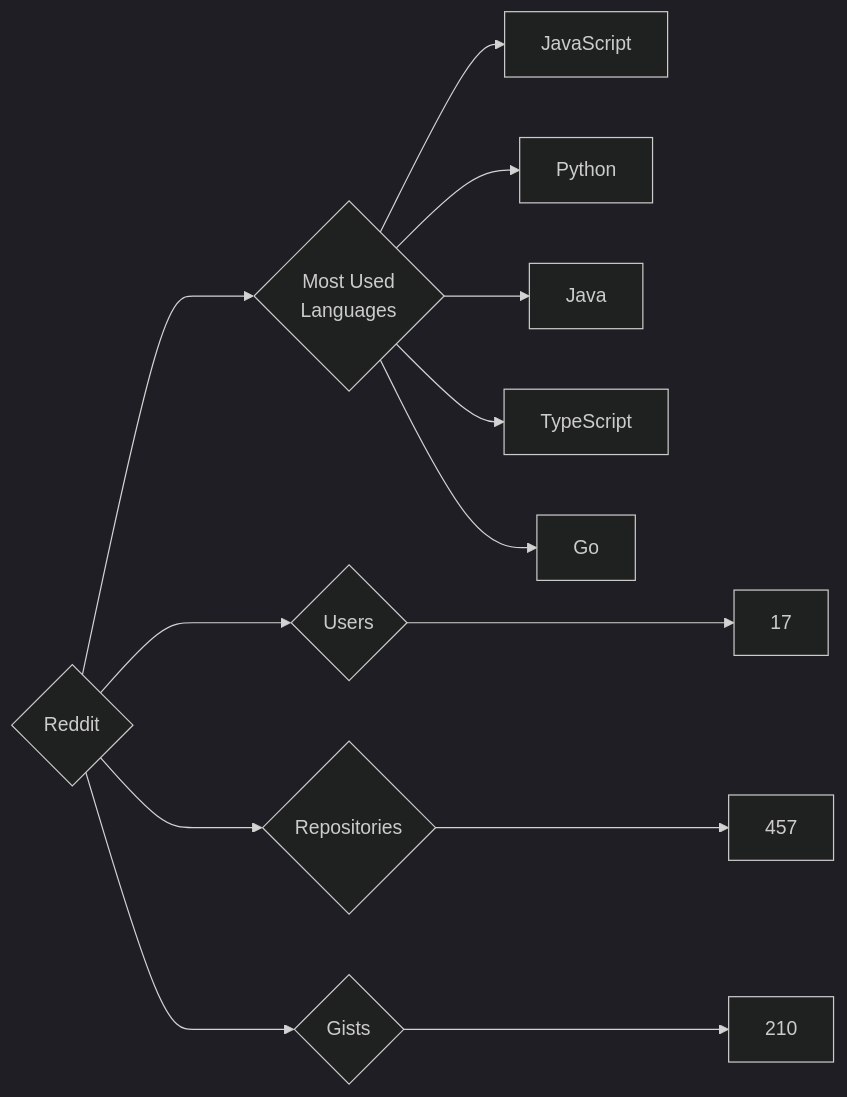
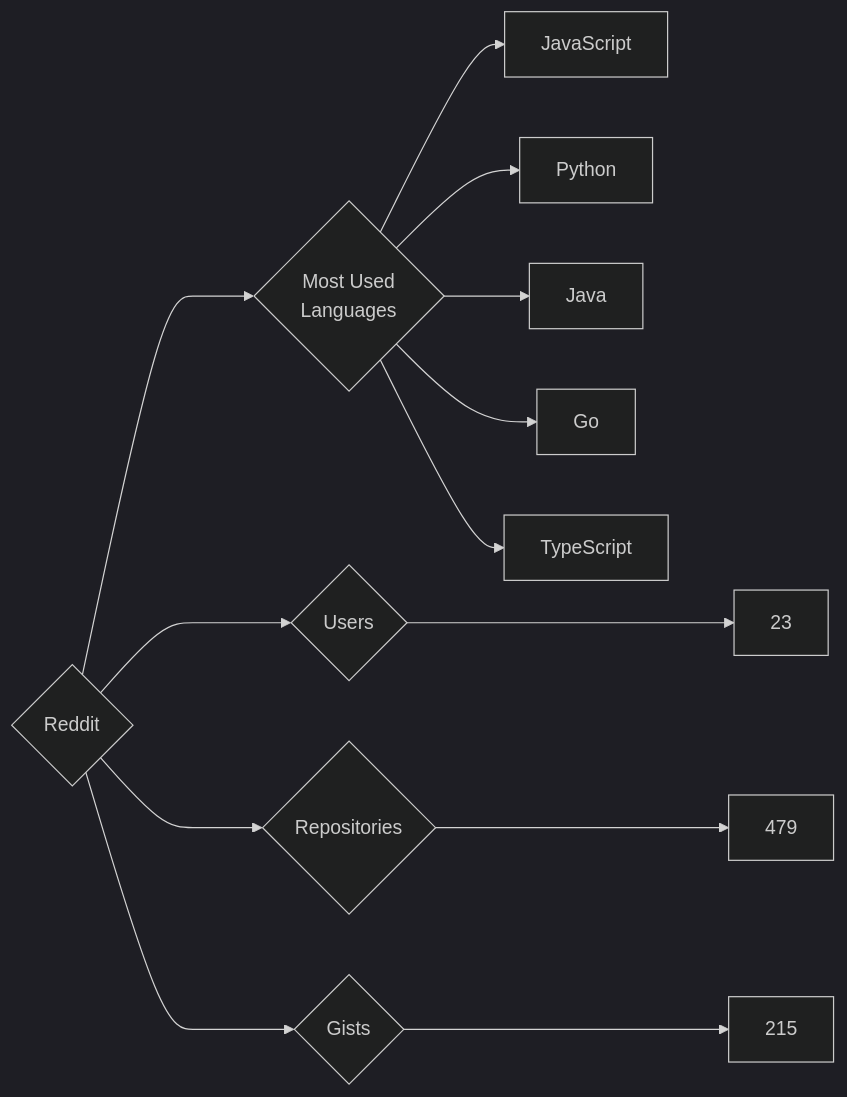
One commit to trickest/insiders changed the diagram in targets/Reddit/README.md. Above: the diagram before and after it, drawn with Mermaid (dark theme). The commit also changed 851 other files, not shown here.

````diff
--- a/targets/Reddit/README.md
+++ b/targets/Reddit/README.md
@@ -3,13 +3,13 @@
 ```mermaid
 graph LR
 COMPANY_NAME{Reddit}
-COMPANY_NAME ---> U{Users} ---> UN[17]
-COMPANY_NAME ---> R{Repositories} ---> RN[457]
-COMPANY_NAME ---> G{Gists} ---> GN[210]
+COMPANY_NAME ---> U{Users} ---> UN[23]
+COMPANY_NAME ---> R{Repositories} ---> RN[479]
+COMPANY_NAME ---> G{Gists} ---> GN[215]
 COMPANY_NAME ---> ML{Most Used<br>Languages}
 ML --> JavaScript[JavaScript]
 ML --> Python[Python]
 ML --> Java[Java]
+ML --> Go[Go]
 ML --> TypeScript[TypeScript]
-ML --> Go[Go]
 ```
````
